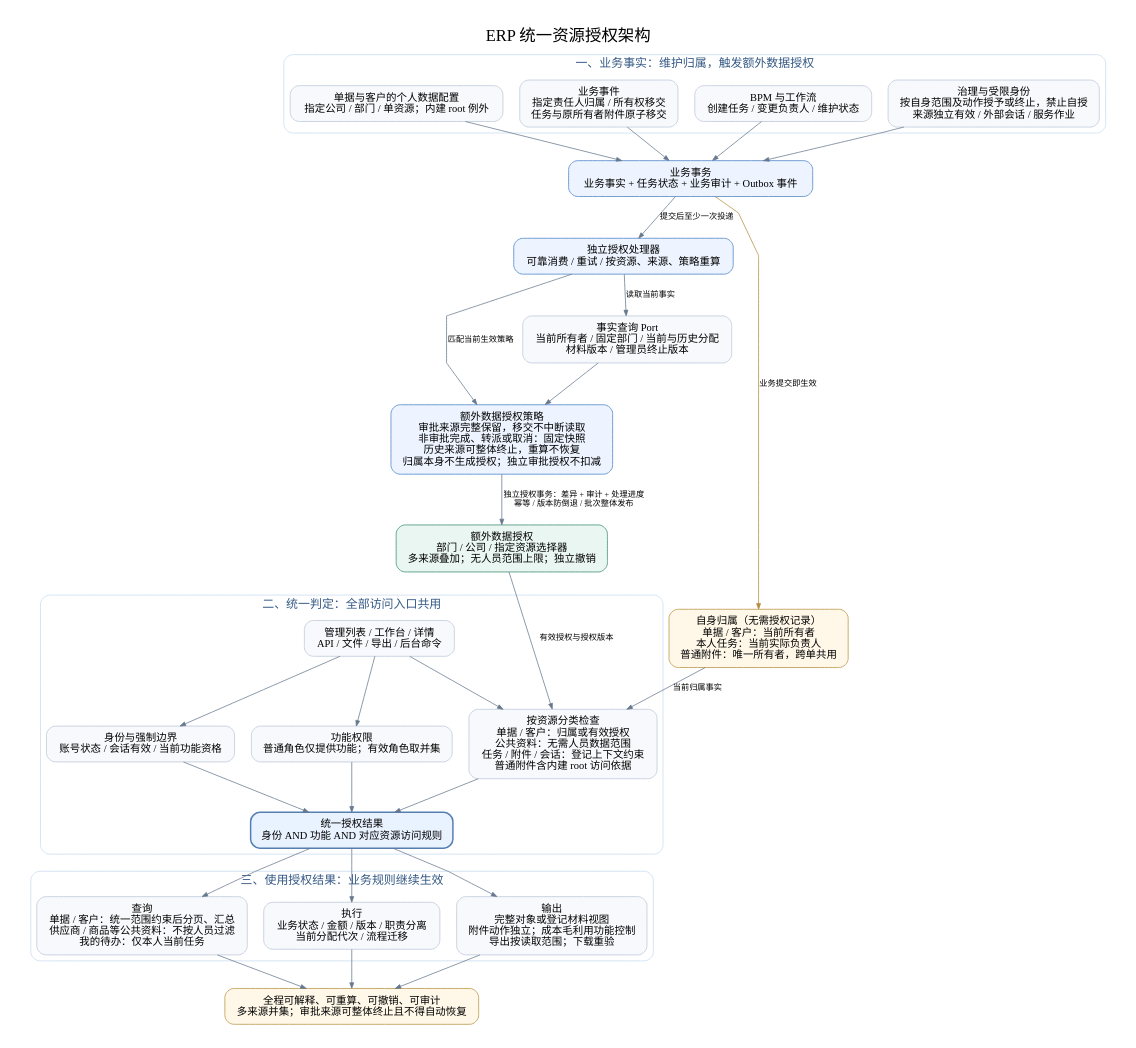
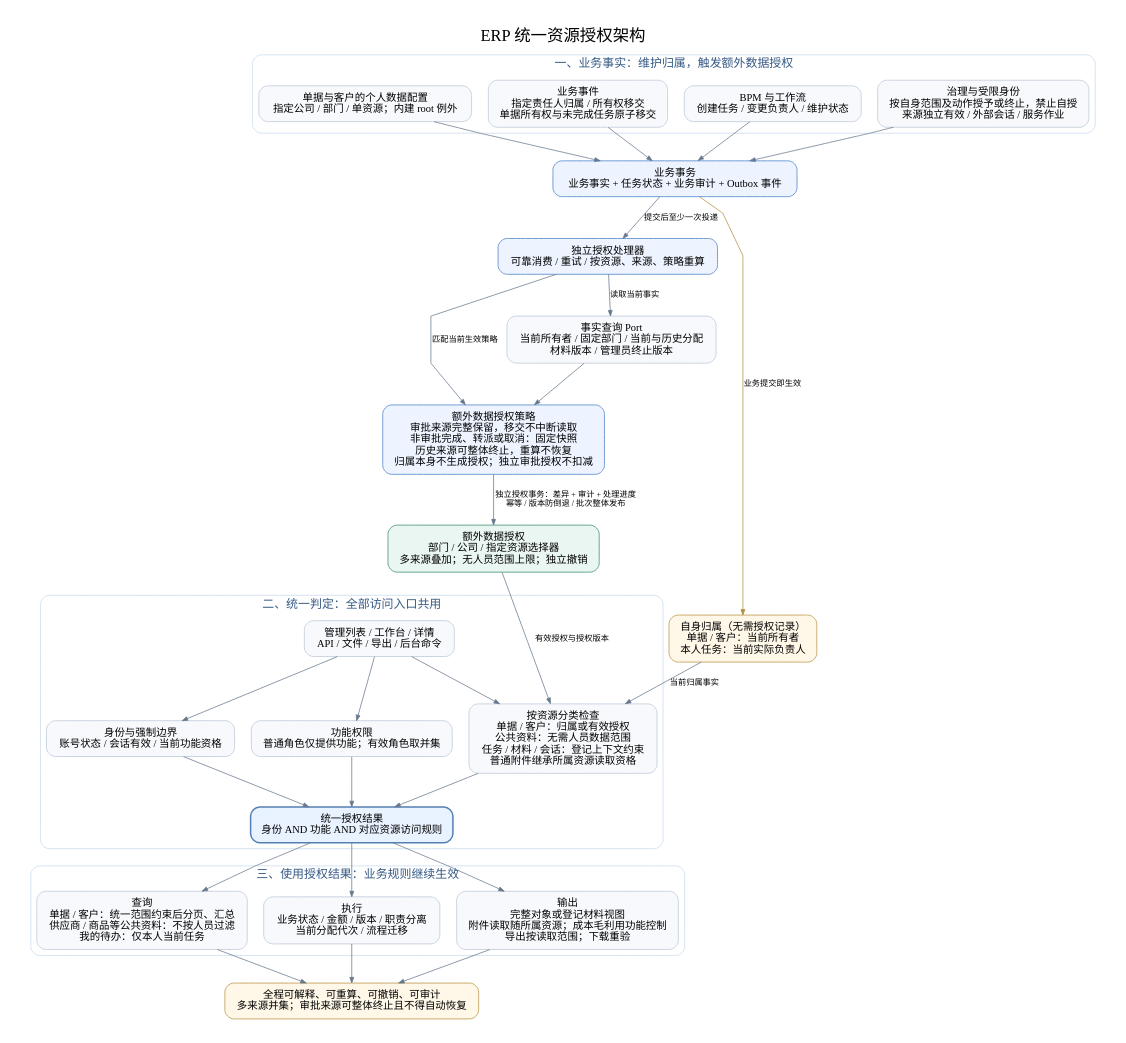
Before and after one commit to mztlive/erp: the diagram in docs/assets/resource-authorization-architecture.dot, drawn with Graphviz. The commit also changed 5 other files, not shown here.

```diff
--- a/docs/assets/resource-authorization-architecture.dot
+++ b/docs/assets/resource-authorization-architecture.dot
@@ -1,56 +1,56 @@
 digraph resourceAuthorization {
   graph [rankdir=TB, bgcolor="#ffffff", pad="0.35", nodesep="0.30", ranksep="0.60", fontname="PingFang SC", fontsize=22, label="ERP 统一资源授权架构", labelloc=t, splines=polyline];
   node [shape=box, style="rounded,filled", fillcolor="#f7f9fc", color="#c9d3e0", fontname="PingFang SC", fontsize=14, margin="0.18,0.12", penwidth=1.3];
   edge [fontname="PingFang SC", fontsize=11, color="#67788d", arrowsize=0.75];
 
   subgraph clusterSources {
     label="一、业务事实：维护归属，触发额外数据授权";
     fontsize=16; fontcolor="#355984"; color="#c9dbef"; style="rounded";
     scope [label="单据与客户的个人数据配置\n指定公司 / 部门 / 单资源；内建 root 例外"];
-    business [label="业务事件\n指定责任人归属 / 所有权移交\n任务与原所有者附件原子移交"];
+    business [label="业务事件\n指定责任人归属 / 所有权移交\n单据所有权与未完成任务原子移交"];
     bpm [label="BPM 与工作流\n创建任务 / 变更负责人 / 维护状态"];
     governance [label="治理与受限身份\n按自身范围及动作授予或终止，禁止自授\n来源独立有效 / 外部会话 / 服务作业"];
     {rank=same; scope; business; bpm; governance;}
   }
   policy [label="额外数据授权策略\n审批来源完整保留，移交不中断读取\n非审批完成、转派或取消：固定快照\n历史来源可整体终止，重算不恢复\n归属本身不生成授权；独立审批授权不扣减", fillcolor="#edf4ff", color="#6e9bd2"];
   outbox [label="业务事务\n业务事实 + 任务状态 + 业务审计 + Outbox 事件", fillcolor="#edf4ff", color="#6e9bd2"];
   worker [label="独立授权处理器\n可靠消费 / 重试 / 按资源、来源、策略重算", fillcolor="#edf4ff", color="#6e9bd2"];
   facts [label="事实查询 Port\n当前所有者 / 固定部门 / 当前与历史分配\n材料版本 / 管理员终止版本"];
   scope -> outbox; business -> outbox; bpm -> outbox; governance -> outbox;
   outbox -> worker [label="提交后至少一次投递"];
   worker -> facts [label="读取当前事实"];
   facts -> policy;
   worker -> policy [label="匹配当前生效策略"];
   grants [label="额外数据授权\n部门 / 公司 / 指定资源选择器\n多来源叠加；无人员范围上限；独立撤销", fillcolor="#eaf6f1", color="#60a58a"];
   policy -> grants [label="独立授权事务：差异 + 审计 + 处理进度\n幂等 / 版本防倒退 / 批次整体发布"];
 
   subgraph clusterAccess {
     label="二、统一判定：全部访问入口共用";
     fontsize=16; fontcolor="#355984"; color="#c9dbef"; style="rounded";
     request [label="管理列表 / 工作台 / 详情\nAPI / 文件 / 导出 / 后台命令"];
     identity [label="身份与强制边界\n账号状态 / 会话有效 / 当前功能资格"];
     capability [label="功能权限\n普通角色仅提供功能；有效角色取并集"];
-    dataCheck [label="按资源分类检查\n单据 / 客户：归属或有效授权\n公共资料：无需人员数据范围\n任务 / 附件 / 会话：登记上下文约束\n普通附件含内建 root 访问依据"];
+    dataCheck [label="按资源分类检查\n单据 / 客户：归属或有效授权\n公共资料：无需人员数据范围\n任务 / 材料 / 会话：登记上下文约束\n普通附件继承所属资源读取资格"];
     decision [label="统一授权结果\n身份 AND 功能 AND 对应资源访问规则", fillcolor="#e9f2ff", color="#557fb1", penwidth=2];
     {rank=same; identity; capability; dataCheck;}
     request -> identity; request -> capability; request -> dataCheck;
     identity -> decision; capability -> decision; dataCheck -> decision;
   }
-  own [label="自身归属（无需授权记录）\n单据 / 客户：当前所有者\n本人任务：当前实际负责人\n普通附件：唯一所有者，跨单共用", fillcolor="#fff8e9", color="#c8aa68"];
+  own [label="自身归属（无需授权记录）\n单据 / 客户：当前所有者\n本人任务：当前实际负责人", fillcolor="#fff8e9", color="#c8aa68"];
   outbox -> own [label="业务提交即生效", color="#b28d40"];
   own -> dataCheck [label="当前归属事实"];
   grants -> dataCheck [label="有效授权与授权版本"];
   grants -> request [style=invis];
 
   subgraph clusterUse {
     label="三、使用授权结果：业务规则继续生效";
     fontsize=16; fontcolor="#355984"; color="#c9dbef"; style="rounded";
     query [label="查询\n单据 / 客户：统一范围约束后分页、汇总\n供应商 / 商品等公共资料：不按人员过滤\n我的待办：仅本人当前任务"];
     command [label="执行\n业务状态 / 金额 / 版本 / 职责分离\n当前分配代次 / 流程迁移"];
-    material [label="输出\n完整对象或登记材料视图\n附件动作独立；成本毛利用功能控制\n导出按读取范围；下载重验"];
+    material [label="输出\n完整对象或登记材料视图\n附件读取随所属资源；成本毛利用功能控制\n导出按读取范围；下载重验"];
     {rank=same; query; command; material;}
   }
   decision -> query; decision -> command; decision -> material;
   audit [label="全程可解释、可重算、可撤销、可审计\n多来源并集；审批来源可整体终止且不得自动恢复", fillcolor="#fff8e9", color="#c8aa68"];
   query -> audit; command -> audit; material -> audit;
 }
```
